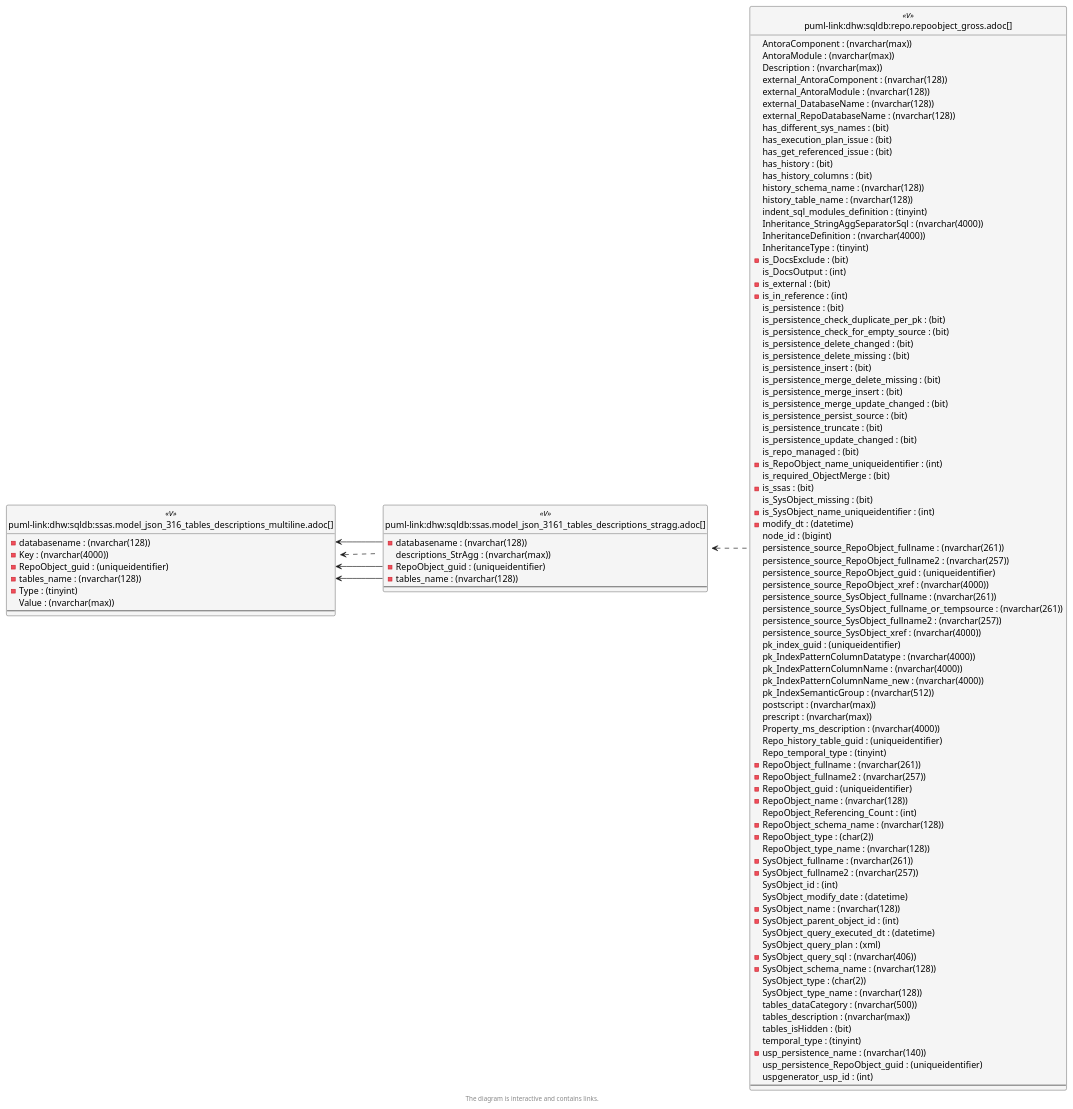
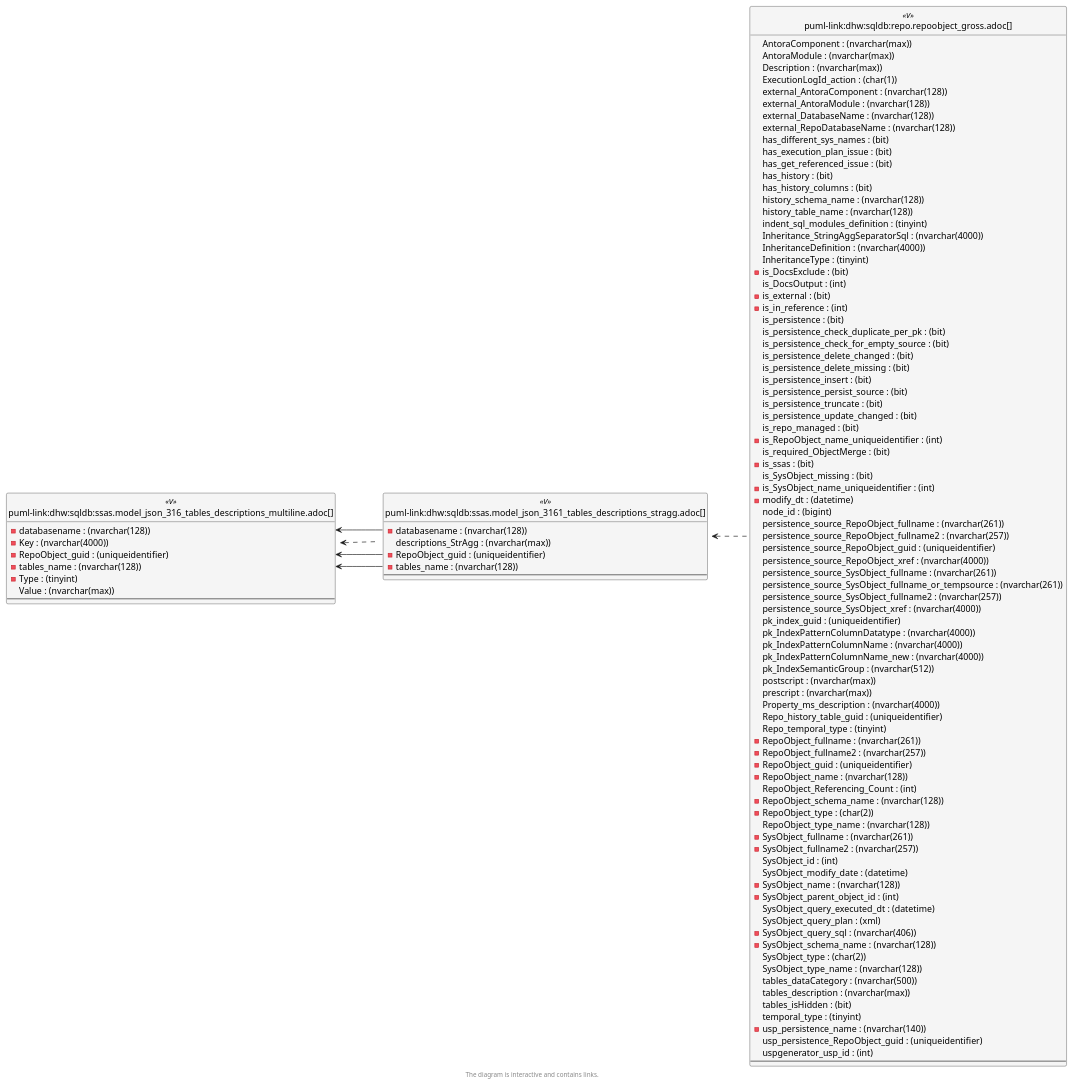
One commit to DataHandwerk/dhw-antora-sqldb changed the sixth of 6 diagrams in docs/modules/sqldb/partials/content/ssas.model_json_3161_tables_descriptions_stragg.adoc. Above: the diagram before and after it, drawn with PlantUML. The commit also changed 751 other files, not shown here.

```diff
--- a/docs/modules/sqldb/partials/content/ssas.model_json_3161_tables_descriptions_stragg.adoc
+++ b/docs/modules/sqldb/partials/content/ssas.model_json_3161_tables_descriptions_stragg.adoc
@@ -1632,6 +1632,7 @@
   AntoraComponent : (nvarchar(max))
   AntoraModule : (nvarchar(max))
   Description : (nvarchar(max))
+  ExecutionLogId_action : (char(1))
   external_AntoraComponent : (nvarchar(128))
   external_AntoraModule : (nvarchar(128))
   external_DatabaseName : (nvarchar(128))
@@ -1657,9 +1658,6 @@
   is_persistence_delete_changed : (bit)
   is_persistence_delete_missing : (bit)
   is_persistence_insert : (bit)
-  is_persistence_merge_delete_missing : (bit)
-  is_persistence_merge_insert : (bit)
-  is_persistence_merge_update_changed : (bit)
   is_persistence_persist_source : (bit)
   is_persistence_truncate : (bit)
   is_persistence_update_changed : (bit)
```
